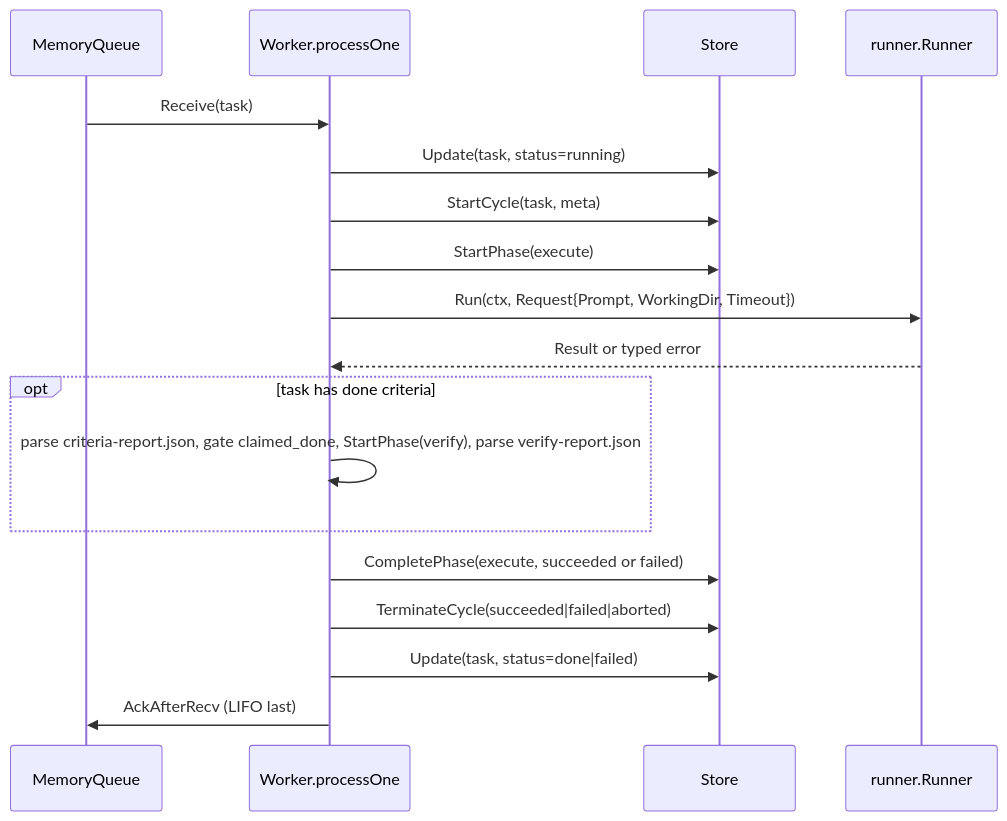
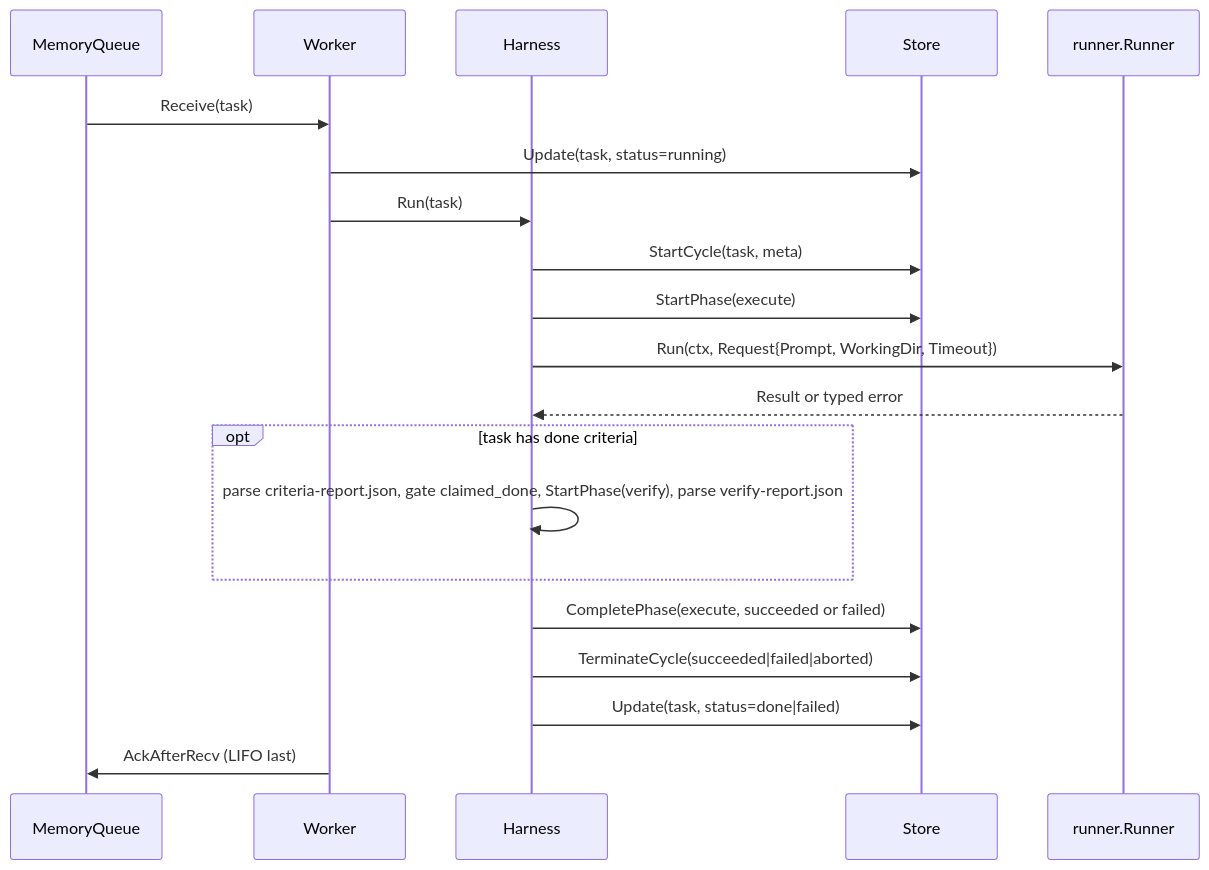
The fourth of 4 diagrams in docs/architecture.md (AlexsanderHamir/Hamix), drawn with Mermaid before and after one commit. The commit also changed other lines of this file and 31 other files, not shown here.

First line of the commit message:
refactor(agents): extract harness package from worker

````diff
--- a/docs/architecture.md
+++ b/docs/architecture.md
@@ -157,21 +159,23 @@
 ```mermaid
 sequenceDiagram
   participant Q as MemoryQueue
-  participant W as Worker.processOne
+  participant W as Worker
+  participant H as Harness
   participant S as Store
   participant R as runner.Runner
 
   Q->>W: Receive(task)
   W->>S: Update(task, status=running)
-  W->>S: StartCycle(task, meta)
-  W->>S: StartPhase(execute)
-  W->>R: Run(ctx, Request{Prompt, WorkingDir, Timeout})
-  R-->>W: Result or typed error
+  W->>H: Run(task)
+  H->>S: StartCycle(task, meta)
+  H->>S: StartPhase(execute)
+  H->>R: Run(ctx, Request{Prompt, WorkingDir, Timeout})
+  R-->>H: Result or typed error
   opt task has done criteria
-    W->>W: parse criteria-report.json, gate claimed_done, StartPhase(verify), parse verify-report.json
+    H->>H: parse criteria-report.json, gate claimed_done, StartPhase(verify), parse verify-report.json
   end
-  W->>S: CompletePhase(execute, succeeded or failed)
-  W->>S: TerminateCycle(succeeded|failed|aborted)
-  W->>S: Update(task, status=done|failed)
+  H->>S: CompletePhase(execute, succeeded or failed)
+  H->>S: TerminateCycle(succeeded|failed|aborted)
+  H->>S: Update(task, status=done|failed)
   W->>Q: AckAfterRecv (LIFO last)
 ```
````
